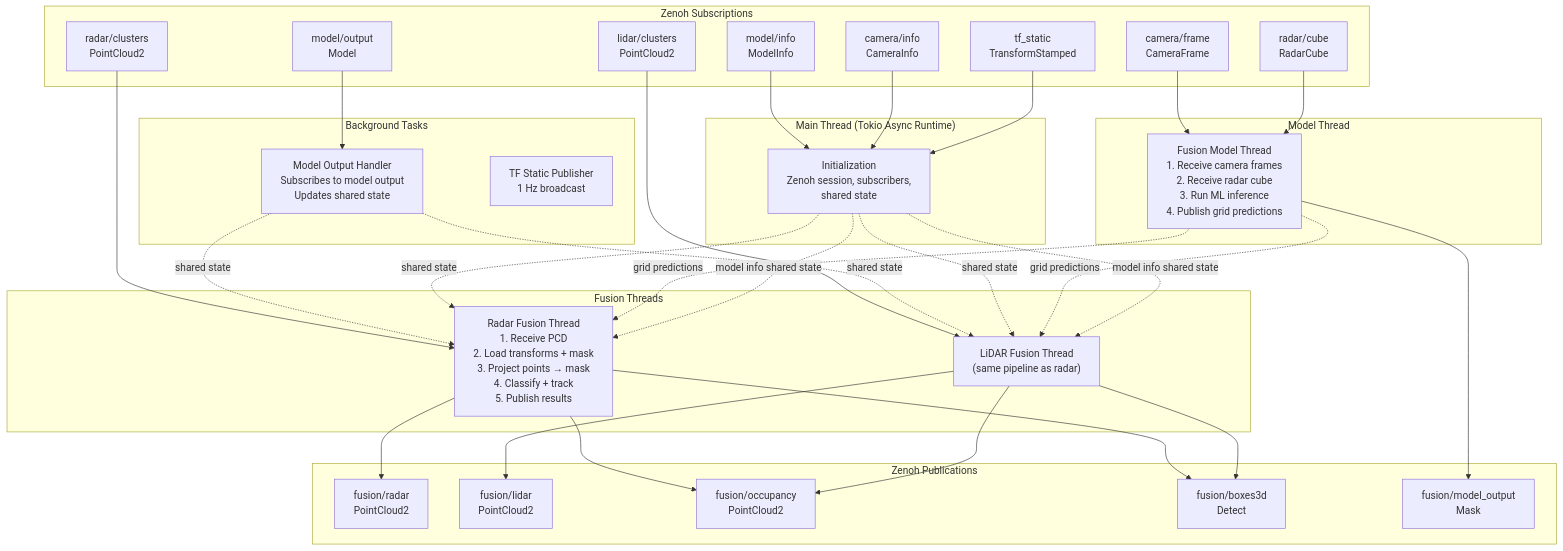
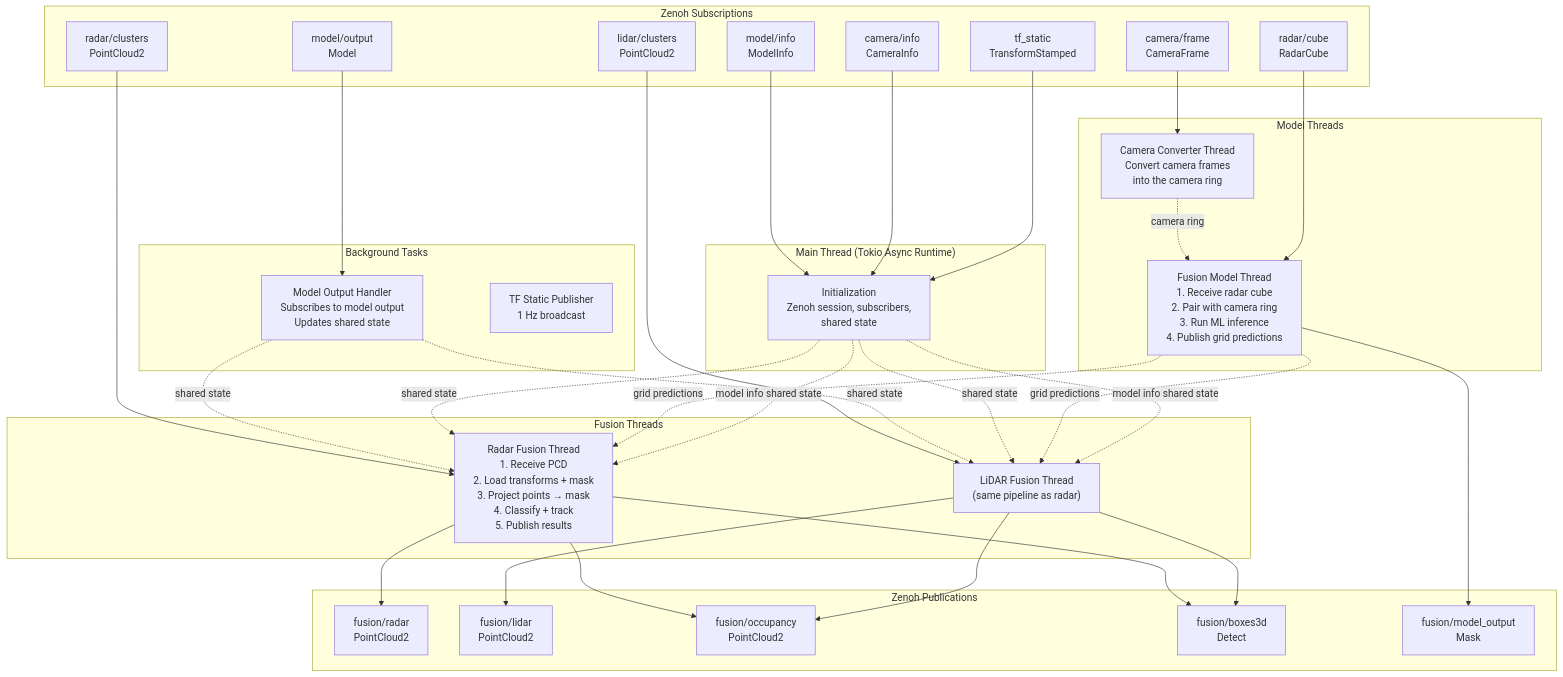
Before and after one commit to EdgeFirstAI/fusion: the first of 4 diagrams in ARCHITECTURE.md, drawn with Mermaid. The commit also changed other lines of this file and 15 other files, not shown here.

````diff
--- a/ARCHITECTURE.md
+++ b/ARCHITECTURE.md
@@ -27,65 +28,67 @@
 ```mermaid
 graph TB
     subgraph "Zenoh Subscriptions"
         RadarSub["radar/clusters<br/>PointCloud2"]
         LidarSub["lidar/clusters<br/>PointCloud2"]
         CameraSub["camera/frame<br/>CameraFrame"]
         ModelSub["model/output<br/>Model"]
         InfoSub["camera/info<br/>CameraInfo"]
         TFSub["tf_static<br/>TransformStamped"]
         CubeSub["radar/cube<br/>RadarCube"]
         ModelInfoSub["model/info<br/>ModelInfo"]
     end
 
     subgraph "Main Thread (Tokio Async Runtime)"
         Init["Initialization<br/>Zenoh session, subscribers,<br/>shared state"]
     end
 
     subgraph "Fusion Threads"
         RadarThread["Radar Fusion Thread<br/>1. Receive PCD<br/>2. Load transforms + mask<br/>3. Project points → mask<br/>4. Classify + track<br/>5. Publish results"]
         LidarThread["LiDAR Fusion Thread<br/>(same pipeline as radar)"]
     end
 
-    subgraph "Model Thread"
-        ModelThread["Fusion Model Thread<br/>1. Receive camera frames<br/>2. Receive radar cube<br/>3. Run ML inference<br/>4. Publish grid predictions"]
+    subgraph "Model Threads"
+        ConvThread["Camera Converter Thread<br/>Convert camera frames<br/>into the camera ring"]
+        ModelThread["Fusion Model Thread<br/>1. Receive radar cube<br/>2. Pair with camera ring<br/>3. Run ML inference<br/>4. Publish grid predictions"]
     end
 
     subgraph "Background Tasks"
         ModelTask["Model Output Handler<br/>Subscribes to model output<br/>Updates shared state"]
         TFTask["TF Static Publisher<br/>1 Hz broadcast"]
     end
 
     subgraph "Zenoh Publications"
         RadarOut["fusion/radar<br/>PointCloud2"]
         LidarOut["fusion/lidar<br/>PointCloud2"]
         GridOut["fusion/occupancy<br/>PointCloud2"]
         BBoxOut["fusion/boxes3d<br/>Detect"]
         ModelOut["fusion/model_output<br/>Mask"]
     end
 
     RadarSub --> RadarThread
     LidarSub --> LidarThread
-    CameraSub --> ModelThread
+    CameraSub --> ConvThread
+    ConvThread -.->|"camera ring"| ModelThread
     CubeSub --> ModelThread
     ModelSub --> ModelTask
     ModelInfoSub --> Init
     InfoSub --> Init
     TFSub --> Init
 
     RadarThread --> RadarOut
     RadarThread --> GridOut
     RadarThread --> BBoxOut
     LidarThread --> LidarOut
     LidarThread --> GridOut
     LidarThread --> BBoxOut
     ModelThread --> ModelOut
 
     ModelTask -.->|"shared state"| RadarThread
     ModelTask -.->|"shared state"| LidarThread
     Init -.->|"shared state"| RadarThread
     Init -.->|"shared state"| LidarThread
     ModelThread -.->|"grid predictions"| RadarThread
     ModelThread -.->|"grid predictions"| LidarThread
     Init -.->|"model info shared state"| RadarThread
     Init -.->|"model info shared state"| LidarThread
 ```
````
